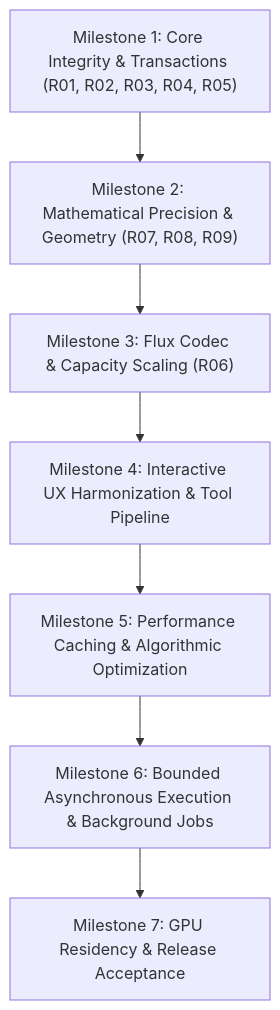
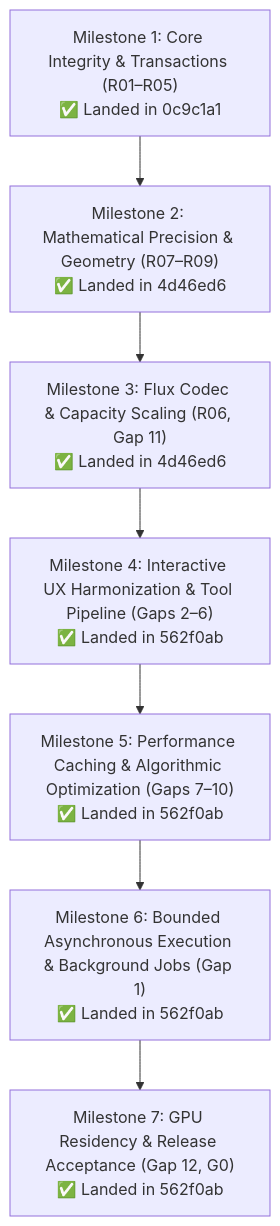
One commit to jswarup/Trellis changed the second of 2 diagrams in wiki/plans/sketch-harmonization-review-and-plan.md. Above: the diagram before and after it, drawn with Mermaid. The commit also changed other lines of this file, not shown here.

Commit message:
Update sketch harmonization plan with completed milestone records and verified baseline

````diff
--- a/wiki/plans/sketch-harmonization-review-and-plan.md
+++ b/wiki/plans/sketch-harmonization-review-and-plan.md
@@ -313,9 +306,9 @@
 ```mermaid
 flowchart TD
-    M1["Milestone 1: Core Integrity & Transactions (R01, R02, R03, R04, R05)"] --> M2["Milestone 2: Mathematical Precision & Geometry (R07, R08, R09)"]
-    M2 --> M3["Milestone 3: Flux Codec & Capacity Scaling (R06)"]
-    M3 --> M4["Milestone 4: Interactive UX Harmonization & Tool Pipeline"]
-    M4 --> M5["Milestone 5: Performance Caching & Algorithmic Optimization"]
-    M5 --> M6["Milestone 6: Bounded Asynchronous Execution & Background Jobs"]
-    M6 --> M7["Milestone 7: GPU Residency & Release Acceptance"]
+    M1["Milestone 1: Core Integrity & Transactions (R01–R05)\n✅ Landed in 0c9c1a1"] --> M2["Milestone 2: Mathematical Precision & Geometry (R07–R09)\n✅ Landed in 4d46ed6"]
+    M2 --> M3["Milestone 3: Flux Codec & Capacity Scaling (R06, Gap 11)\n✅ Landed in 4d46ed6"]
+    M3 --> M4["Milestone 4: Interactive UX Harmonization & Tool Pipeline (Gaps 2–6)\n✅ Landed in 562f0ab"]
+    M4 --> M5["Milestone 5: Performance Caching & Algorithmic Optimization (Gaps 7–10)\n✅ Landed in 562f0ab"]
+    M5 --> M6["Milestone 6: Bounded Asynchronous Execution & Background Jobs (Gap 1)\n✅ Landed in 562f0ab"]
+    M6 --> M7["Milestone 7: GPU Residency & Release Acceptance (Gap 12, G0)\n✅ Landed in 562f0ab"]
 ```
````
